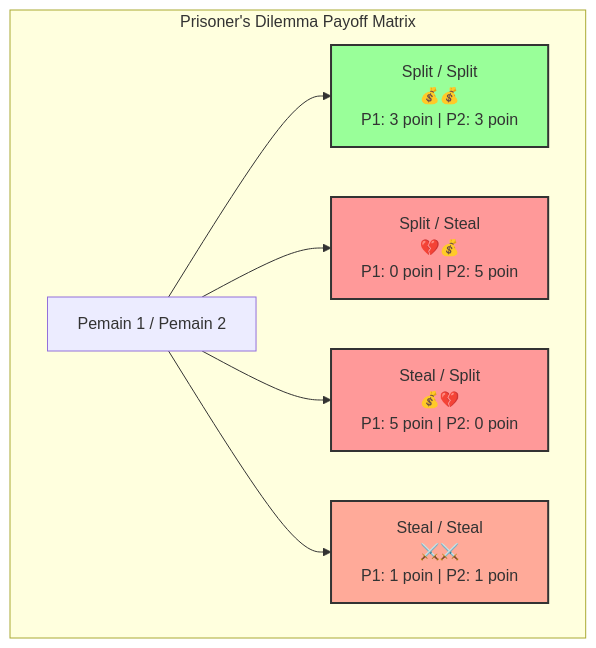
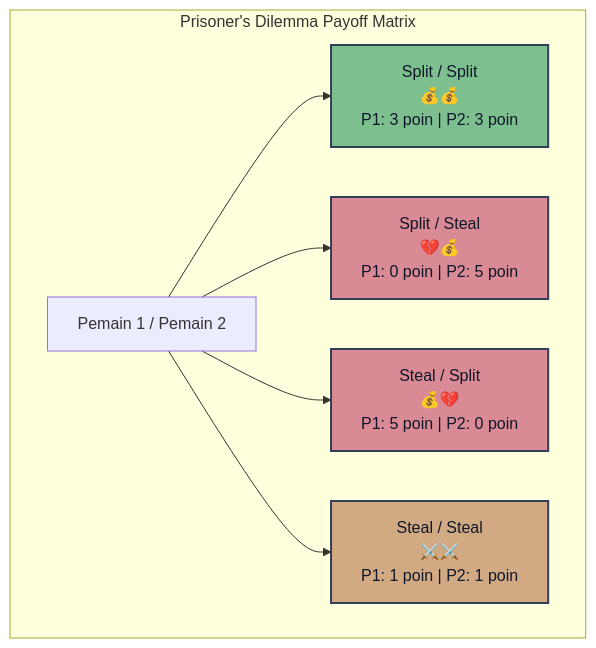
Before and after one commit to dwirx/BangunAI-Blog: the second of 8 diagrams in src/content/writing/tit-for-tat-strategi-game-theory.mdx, drawn with Mermaid. The commit also changed other lines of this file and 1 other file, not shown here.

Commit message:
fix(mermaid): improve dark mode label contrast and node palette

````diff
--- a/src/content/writing/tit-for-tat-strategi-game-theory.mdx
+++ b/src/content/writing/tit-for-tat-strategi-game-theory.mdx
@@ -97,14 +97,14 @@
 ```mermaid
 graph TB
     subgraph "Prisoner's Dilemma Payoff Matrix"
     A["Pemain 1 / Pemain 2"] --> B["Split / Split<br/>💰💰<br/>P1: 3 poin | P2: 3 poin"]
     A --> C["Split / Steal<br/>💔💰<br/>P1: 0 poin | P2: 5 poin"]
     A --> D["Steal / Split<br/>💰💔<br/>P1: 5 poin | P2: 0 poin"]
     A --> E["Steal / Steal<br/>⚔️⚔️<br/>P1: 1 poin | P2: 1 poin"]
     end
     
-    style B fill:#9f9,stroke:#333,stroke-width:2px
-    style C fill:#f99,stroke:#333,stroke-width:2px
-    style D fill:#f99,stroke:#333,stroke-width:2px
-    style E fill:#fa9,stroke:#333,stroke-width:2px
+    style B fill:#7ebf90,stroke:#324056,stroke-width:2px,color:#0f172a
+    style C fill:#d98a95,stroke:#324056,stroke-width:2px,color:#0f172a
+    style D fill:#d98a95,stroke:#324056,stroke-width:2px,color:#0f172a
+    style E fill:#d1aa83,stroke:#324056,stroke-width:2px,color:#0f172a
 ```
````
